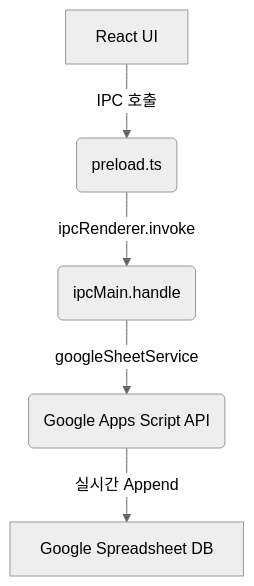
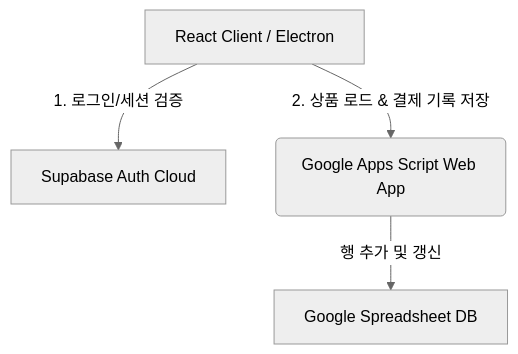
The diagram in README.md (cade-beep/ssnr-pos), drawn with Mermaid (neutral theme) before and after one commit. The commit also changed other lines of this file, not shown here.

Commit message:
docs: update README.md with Supabase Auth configurations and architecture

````diff
--- a/README.md
+++ b/README.md
@@ -47,7 +49,6 @@
 ```mermaid
 graph TD
-    A[React UI] -->|IPC 호출| B(preload.ts)
-    B -->|ipcRenderer.invoke| C(ipcMain.handle)
-    C -->|googleSheetService| D(Google Apps Script API)
-    D -->|실시간 Append| E[Google Spreadsheet DB]
+    A[React Client / Electron] -->|1. 로그인/세션 검증| B[Supabase Auth Cloud]
+    A -->|2. 상품 로드 & 결제 기록 저장| C(Google Apps Script Web App)
+    C -->|행 추가 및 갱신| D[Google Spreadsheet DB]
 ```
````
